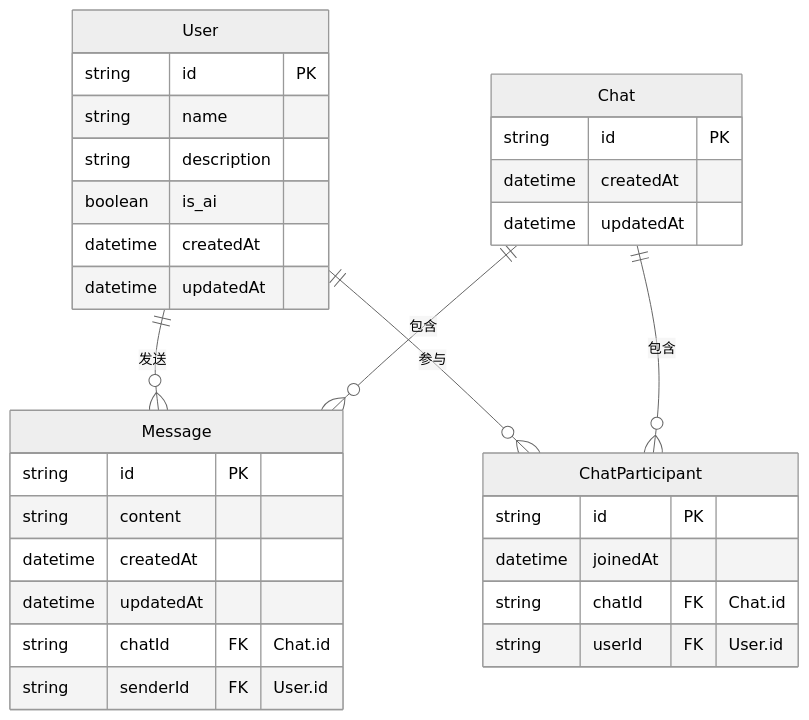
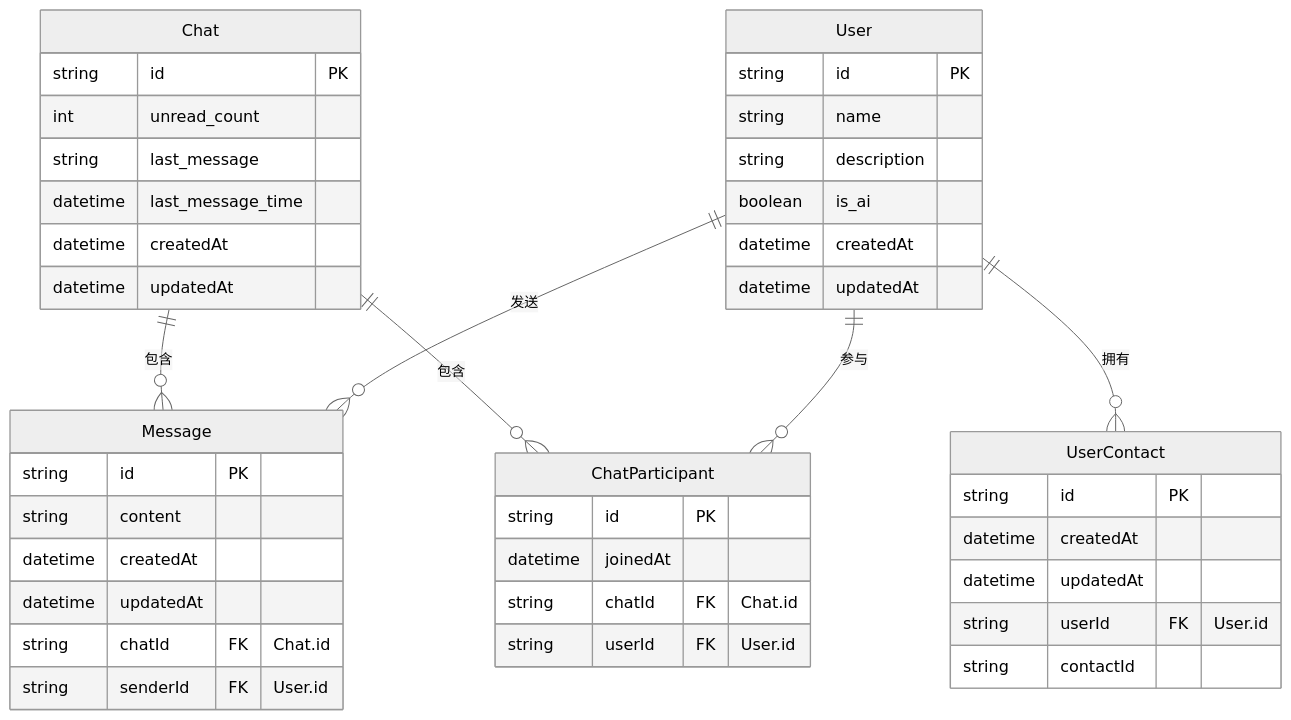
Before and after one commit to guixin-ai/guixin: the first of 2 diagrams in apps/client/src-tauri/prisma/schema.md, drawn with Mermaid (neutral theme). The commit also changed other lines of this file and 13 other files, not shown here.

````diff
--- a/apps/client/src-tauri/prisma/schema.md
+++ b/apps/client/src-tauri/prisma/schema.md
@@ -7,38 +7,50 @@
 ```mermaid
 erDiagram
     User ||--o{ Message : "发送"
     User ||--o{ ChatParticipant : "参与"
+    User ||--o{ UserContact : "拥有"
     Chat ||--o{ ChatParticipant : "包含"
     Chat ||--o{ Message : "包含"
 
     User {
         string id PK
         string name
         string description
         boolean is_ai
         datetime createdAt
         datetime updatedAt
     }
 
+    UserContact {
+        string id PK
+        datetime createdAt
+        datetime updatedAt
+        string userId FK "User.id"
+        string contactId
+    }
+
     Chat {
         string id PK
+        int unread_count
+        string last_message
+        datetime last_message_time
         datetime createdAt
         datetime updatedAt
     }
 
     ChatParticipant {
         string id PK
         datetime joinedAt
         string chatId FK "Chat.id"
         string userId FK "User.id"
     }
 
     Message {
         string id PK
         string content
         datetime createdAt
         datetime updatedAt
         string chatId FK "Chat.id"
         string senderId FK "User.id"
     }
 ```
````
